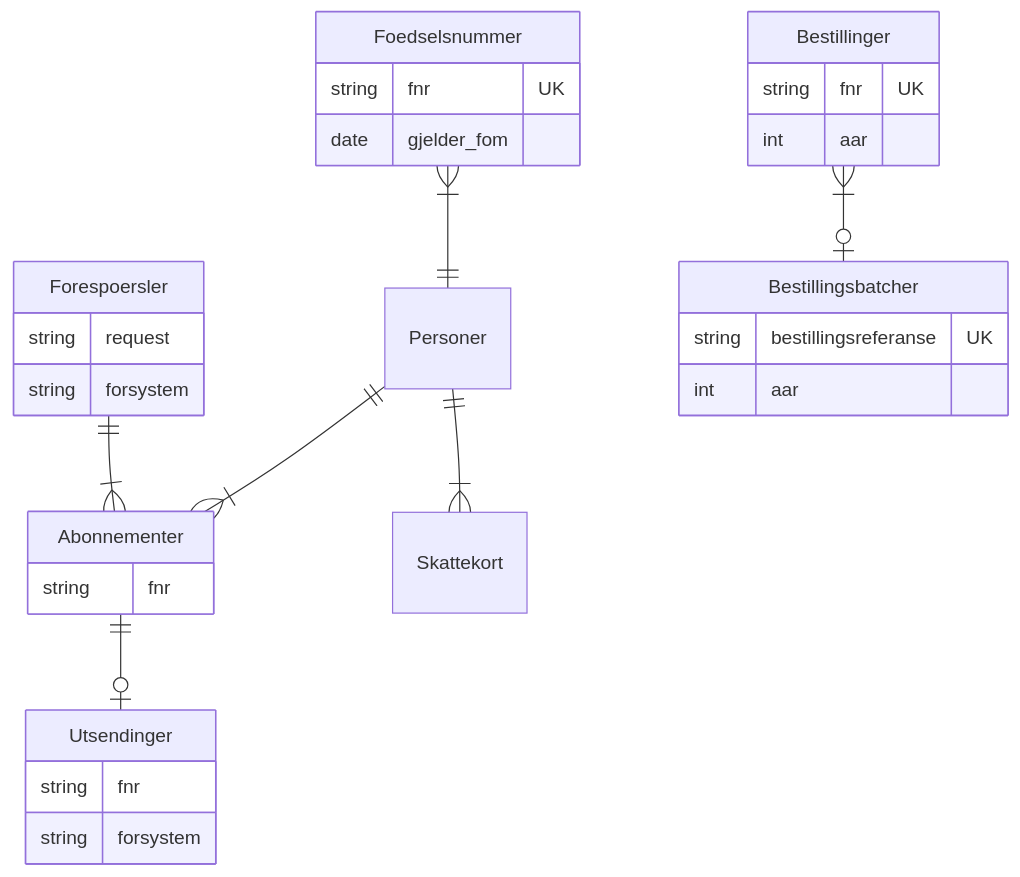
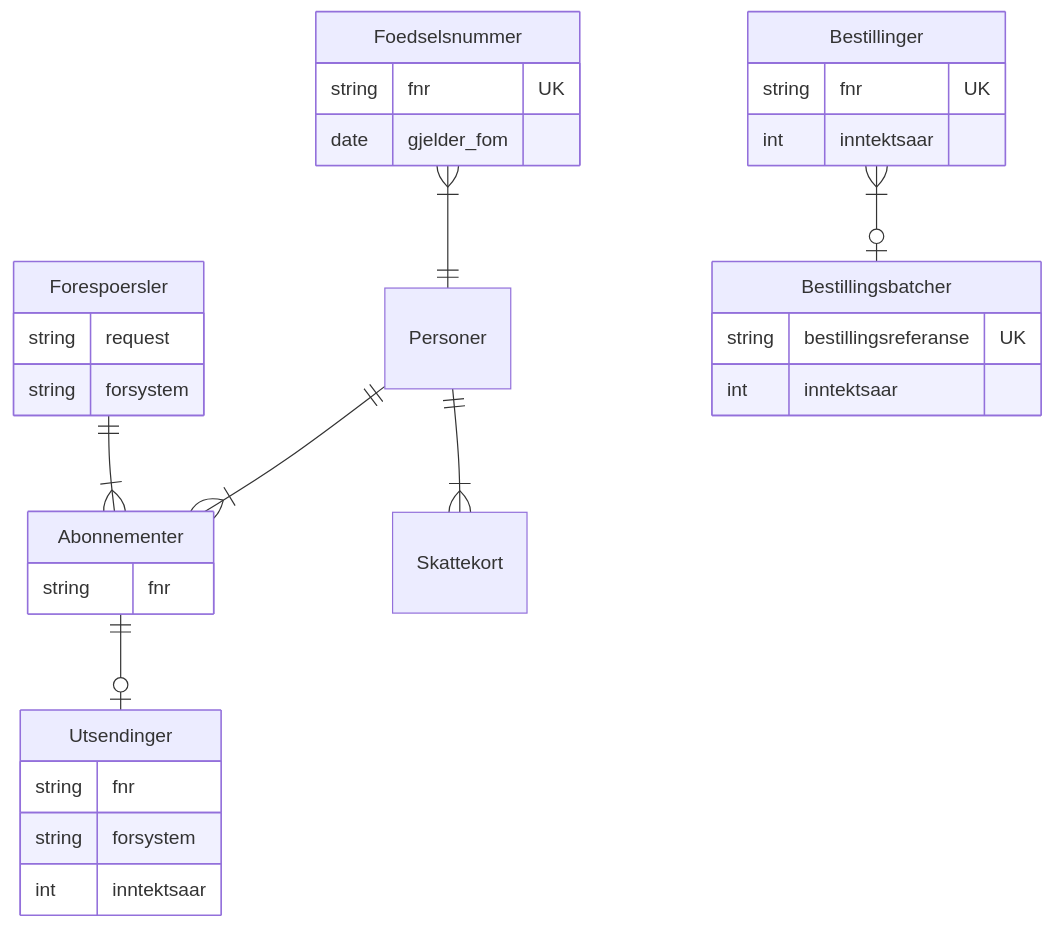
One commit to navikt/sokos-skattekort changed diagram 11 of 12 in README.md. Above: the diagram before and after it, drawn with Mermaid. The commit also changed other lines of this file and 1 other file, not shown here.

````diff
--- a/README.md
+++ b/README.md
@@ -231,40 +285,41 @@
 ```mermaid
 erDiagram
     Forespoersler ||--|{ Abonnementer: ""
     Personer ||--|{ Skattekort: ""
     Foedselsnummer }|--|| Personer: ""
     Bestillinger |{--o| Bestillingsbatcher: ""
     Abonnementer ||--o| Utsendinger: ""
     Personer ||--|{ Abonnementer: ""
     Forespoersler {
         string request
         string forsystem
     }
 
     Foedselsnummer {
         string fnr UK
         date gjelder_fom
     }
 
     Abonnementer {
         string fnr
     }
 
     Skattekort {
     }
 
     Bestillinger {
         string fnr UK
-        int aar
+        int inntektsaar
     }
 
     Bestillingsbatcher {
         string bestillingsreferanse UK
-        int aar
+        int inntektsaar
     }
 
     Utsendinger {
         string fnr
         string forsystem
+        int inntektsaar
     }
 ```
````
